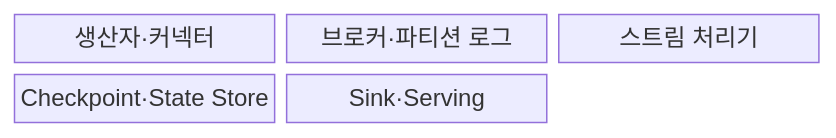
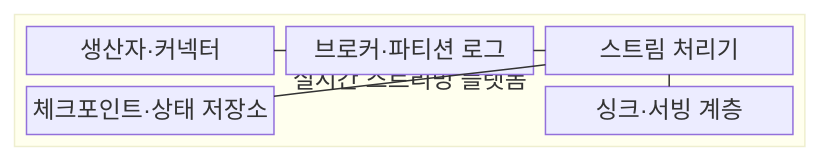
Before and after one commit to agnusdei1207/knowledge-base: the first of 2 diagrams in src/content/docs/notes/03-software/122_real_time_streaming_platform.md, drawn with Mermaid. The commit also changed other lines of this file and 20 other files, not shown here.

````diff
--- a/src/content/docs/notes/03-software/122_real_time_streaming_platform.md
+++ b/src/content/docs/notes/03-software/122_real_time_streaming_platform.md
@@ -60,9 +62,17 @@
 ```mermaid
-block-beta
-  columns 3
-  P["생산자·커넥터"]
-  B["브로커·파티션 로그"]
-  E["스트림 처리기"]
-  C["Checkpoint·State Store"]
-  S["Sink·Serving"]
+block
+    columns 1
+    block:PLATFORM["실시간 스트리밍 플랫폼"]
+        columns 3
+        P["생산자·커넥터"]
+        B["브로커·파티션 로그"]
+        E["스트림 처리기"]
+        C["체크포인트·상태 저장소"]
+        space
+        S["싱크·서빙 계층"]
+    end
+    P --- B
+    B --- E
+    E --- C
+    E --- S
 ```
````
